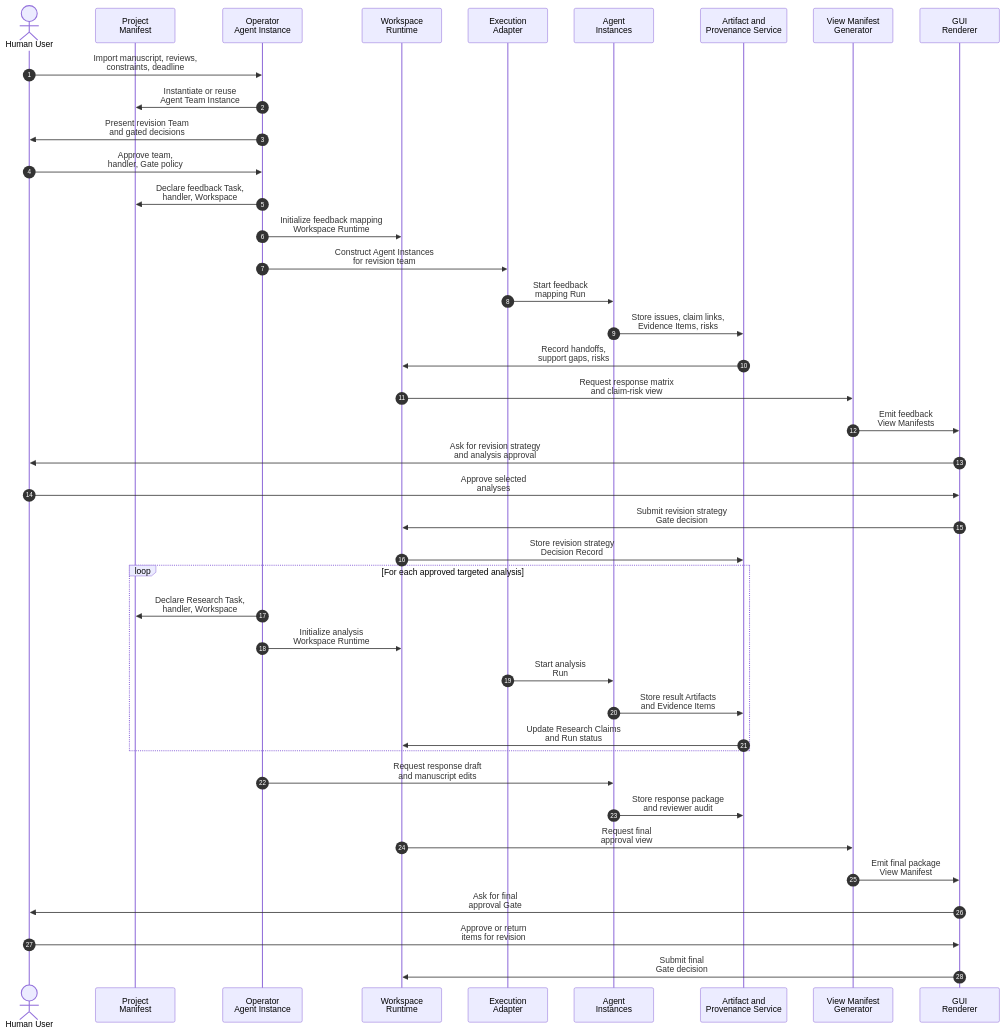
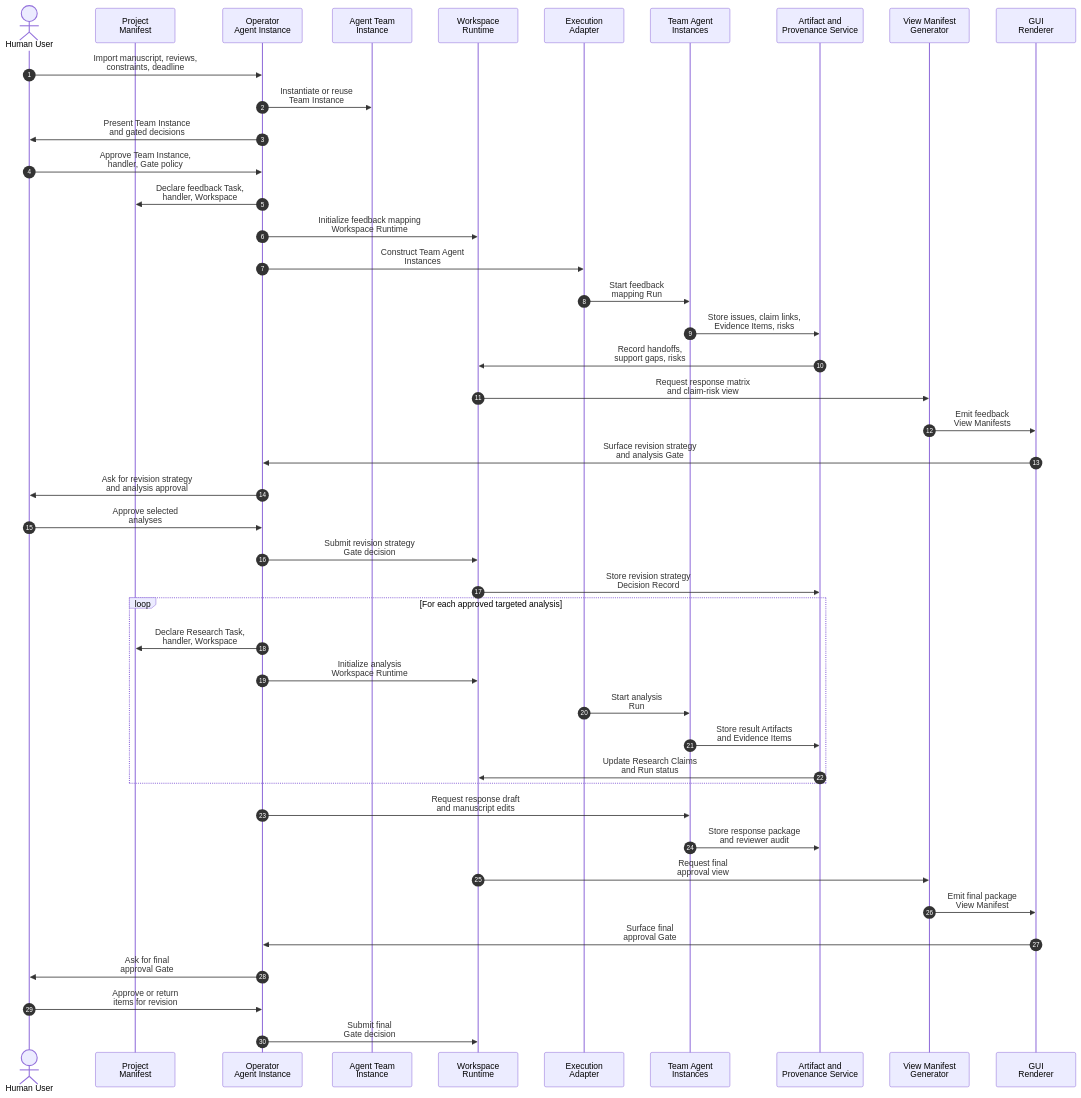
The second of 2 diagrams in .imsight-arts/project-explore/use-cases/uc-03-plan-and-execute-paper-revision.md (CodeGandee/isomer-labs), drawn with Mermaid before and after one commit. The commit also changed other lines of this file and 4 other files, not shown here.

Commit message:
docs: route users through operator agent

````diff
--- a/.imsight-arts/project-explore/use-cases/uc-03-plan-and-execute-paper-revision.md
+++ b/.imsight-arts/project-explore/use-cases/uc-03-plan-and-execute-paper-revision.md
@@ -90,44 +94,47 @@
 ```mermaid
 sequenceDiagram
   autonumber
   actor User as Human User
   participant PM as Project<br/>Manifest
   participant Operator as Operator<br/>Agent Instance
+  participant Team as Agent Team<br/>Instance
   participant Runtime as Workspace<br/>Runtime
   participant Adapter as Execution<br/>Adapter
-  participant Agents as Agent<br/>Instances
+  participant Agents as Team Agent<br/>Instances
   participant Provenance as Artifact and<br/>Provenance Service
   participant Views as View Manifest<br/>Generator
   participant GUI as GUI<br/>Renderer
 
   User->>Operator: Import manuscript, reviews,<br/>constraints, deadline
-  Operator->>PM: Instantiate or reuse<br/>Agent Team Instance
-  Operator->>User: Present revision Team<br/>and gated decisions
-  User->>Operator: Approve team,<br/>handler, Gate policy
+  Operator->>Team: Instantiate or reuse<br/>Team Instance
+  Operator->>User: Present Team Instance<br/>and gated decisions
+  User->>Operator: Approve Team Instance,<br/>handler, Gate policy
   Operator->>PM: Declare feedback Task,<br/>handler, Workspace
   Operator->>Runtime: Initialize feedback mapping<br/>Workspace Runtime
-  Operator->>Adapter: Construct Agent Instances<br/>for revision team
+  Operator->>Adapter: Construct Team Agent<br/>Instances
   Adapter->>Agents: Start feedback<br/>mapping Run
   Agents->>Provenance: Store issues, claim links,<br/>Evidence Items, risks
   Provenance->>Runtime: Record handoffs,<br/>support gaps, risks
   Runtime->>Views: Request response matrix<br/>and claim-risk view
   Views->>GUI: Emit feedback<br/>View Manifests
-  GUI->>User: Ask for revision strategy<br/>and analysis approval
-  User->>GUI: Approve selected<br/>analyses
-  GUI->>Runtime: Submit revision strategy<br/>Gate decision
+  GUI->>Operator: Surface revision strategy<br/>and analysis Gate
+  Operator->>User: Ask for revision strategy<br/>and analysis approval
+  User->>Operator: Approve selected<br/>analyses
+  Operator->>Runtime: Submit revision strategy<br/>Gate decision
   Runtime->>Provenance: Store revision strategy<br/>Decision Record
   loop For each approved targeted analysis
     Operator->>PM: Declare Research Task,<br/>handler, Workspace
     Operator->>Runtime: Initialize analysis<br/>Workspace Runtime
     Adapter->>Agents: Start analysis<br/>Run
     Agents->>Provenance: Store result Artifacts<br/>and Evidence Items
     Provenance->>Runtime: Update Research Claims<br/>and Run status
   end
   Operator->>Agents: Request response draft<br/>and manuscript edits
   Agents->>Provenance: Store response package<br/>and reviewer audit
   Runtime->>Views: Request final<br/>approval view
   Views->>GUI: Emit final package<br/>View Manifest
-  GUI->>User: Ask for final<br/>approval Gate
-  User->>GUI: Approve or return<br/>items for revision
-  GUI->>Runtime: Submit final<br/>Gate decision
+  GUI->>Operator: Surface final<br/>approval Gate
+  Operator->>User: Ask for final<br/>approval Gate
+  User->>Operator: Approve or return<br/>items for revision
+  Operator->>Runtime: Submit final<br/>Gate decision
 ```
````
